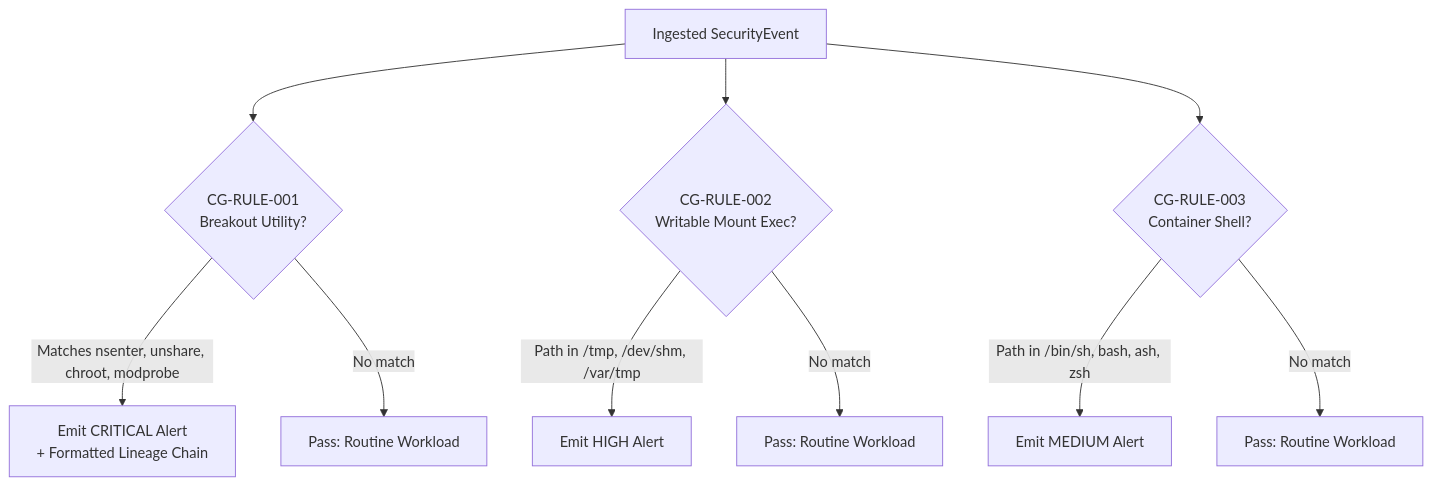
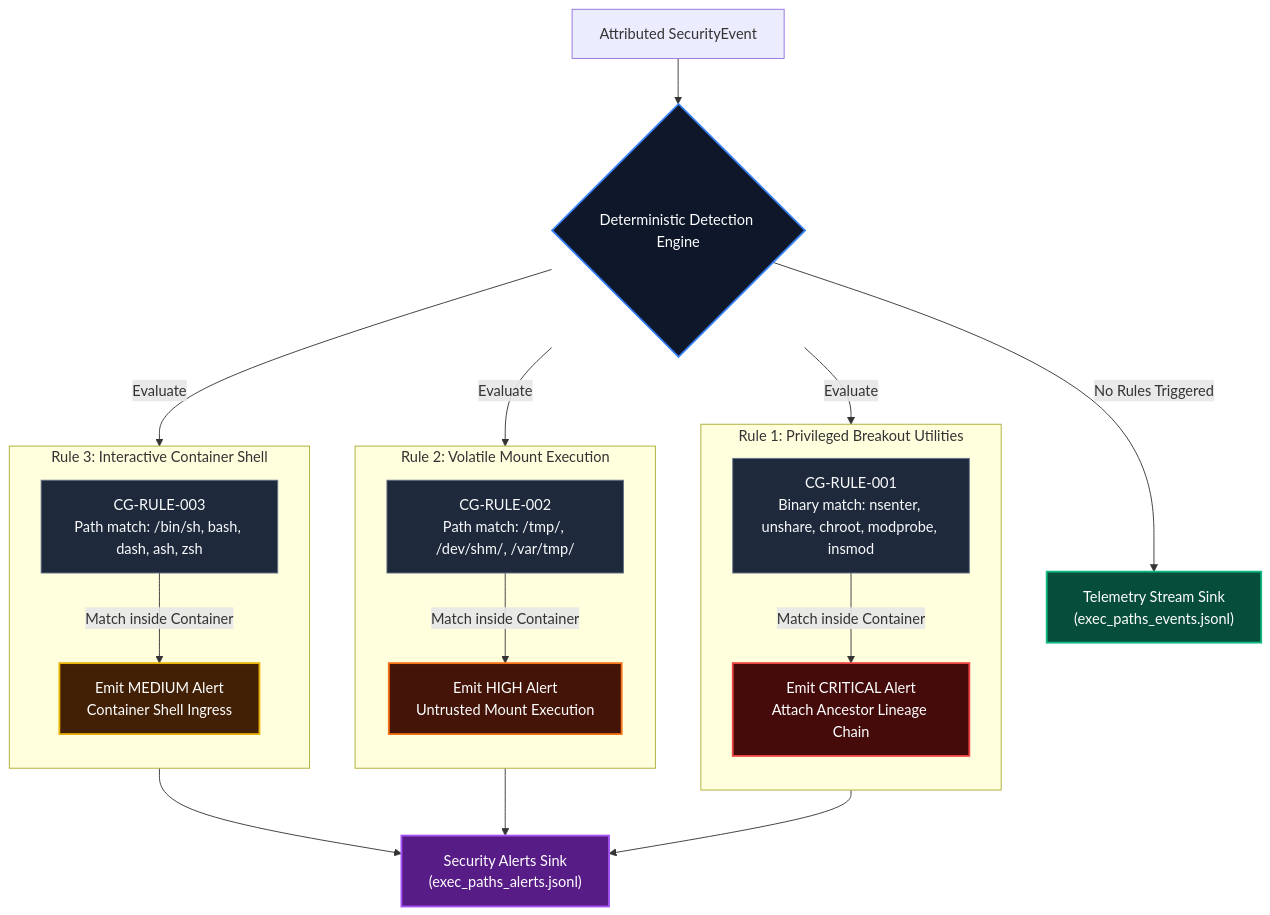
The seventh of 7 diagrams in README.md (ramKarthik57/containerguard), drawn with Mermaid before and after one commit. The commit also changed other lines of this file and 4 other files, not shown here.

First line of the commit message:
docs(diagrams): overhaul and perfect all mermaid architectural diagrams

````diff
--- a/README.md
+++ b/README.md
@@ -412,14 +469,48 @@
 ```mermaid
 flowchart TD
-    EV["Ingested SecurityEvent"] --> R1{"CG-RULE-001<br/>Breakout Utility?"}
-    EV --> R2{"CG-RULE-002<br/>Writable Mount Exec?"}
-    EV --> R3{"CG-RULE-003<br/>Container Shell?"}
+    EV["Attributed SecurityEvent"] --> EVAL{"Deterministic Detection Engine"}
 
-    R1 -->|Matches nsenter, unshare, chroot, modprobe| A1["Emit CRITICAL Alert<br/>+ Formatted Lineage Chain"]
-    R2 -->|Path in /tmp, /dev/shm, /var/tmp| A2["Emit HIGH Alert"]
-    R3 -->|Path in /bin/sh, bash, ash, zsh| A3["Emit MEDIUM Alert"]
+    subgraph Rule1 ["Rule 1: Privileged Breakout Utilities"]
+        direction TB
+        R1["CG-RULE-001<br/>Binary match: nsenter, unshare, chroot, modprobe, insmod"]
+        R1 -->|Match inside Container| A1["Emit CRITICAL Alert<br/>Attach Ancestor Lineage Chain"]
+    end
 
-    R1 -->|No match| P1["Pass: Routine Workload"]
-    R2 -->|No match| P2["Pass: Routine Workload"]
-    R3 -->|No match| P3["Pass: Routine Workload"]
+    subgraph Rule2 ["Rule 2: Volatile Mount Execution"]
+        direction TB
+        R2["CG-RULE-002<br/>Path match: /tmp/, /dev/shm/, /var/tmp/"]
+        R2 -->|Match inside Container| A2["Emit HIGH Alert<br/>Untrusted Mount Execution"]
+    end
+
+    subgraph Rule3 ["Rule 3: Interactive Container Shell"]
+        direction TB
+        R3["CG-RULE-003<br/>Path match: /bin/sh, bash, dash, ash, zsh"]
+        R3 -->|Match inside Container| A3["Emit MEDIUM Alert<br/>Container Shell Ingress"]
+    end
+
+    EVAL -->|Evaluate| R1
+    EVAL -->|Evaluate| R2
+    EVAL -->|Evaluate| R3
+
+    A1 --> ALERTS["Security Alerts Sink<br/>(exec_paths_alerts.jsonl)"]
+    A2 --> ALERTS
+    A3 --> ALERTS
+
+    EVAL -->|No Rules Triggered| TELEM["Telemetry Stream Sink<br/>(exec_paths_events.jsonl)"]
+
+    classDef eval fill:#0f172a,stroke:#3b82f6,stroke-width:2px,color:#fff;
+    classDef rule fill:#1e293b,stroke:#64748b,stroke-width:1px,color:#f8fafc;
+    classDef crit fill:#450a0a,stroke:#ef4444,stroke-width:2px,color:#fff;
+    classDef high fill:#431407,stroke:#f97316,stroke-width:2px,color:#fff;
+    classDef med fill:#422006,stroke:#eab308,stroke-width:2px,color:#fff;
+    classDef pass fill:#064e3b,stroke:#10b981,stroke-width:2px,color:#fff;
+    classDef alertsink fill:#581c87,stroke:#a855f7,stroke-width:2px,color:#fff;
+
+    class EVAL eval;
+    class R1,R2,R3 rule;
+    class A1 crit;
+    class A2 high;
+    class A3 med;
+    class TELEM pass;
+    class ALERTS alertsink;
 ```
````
